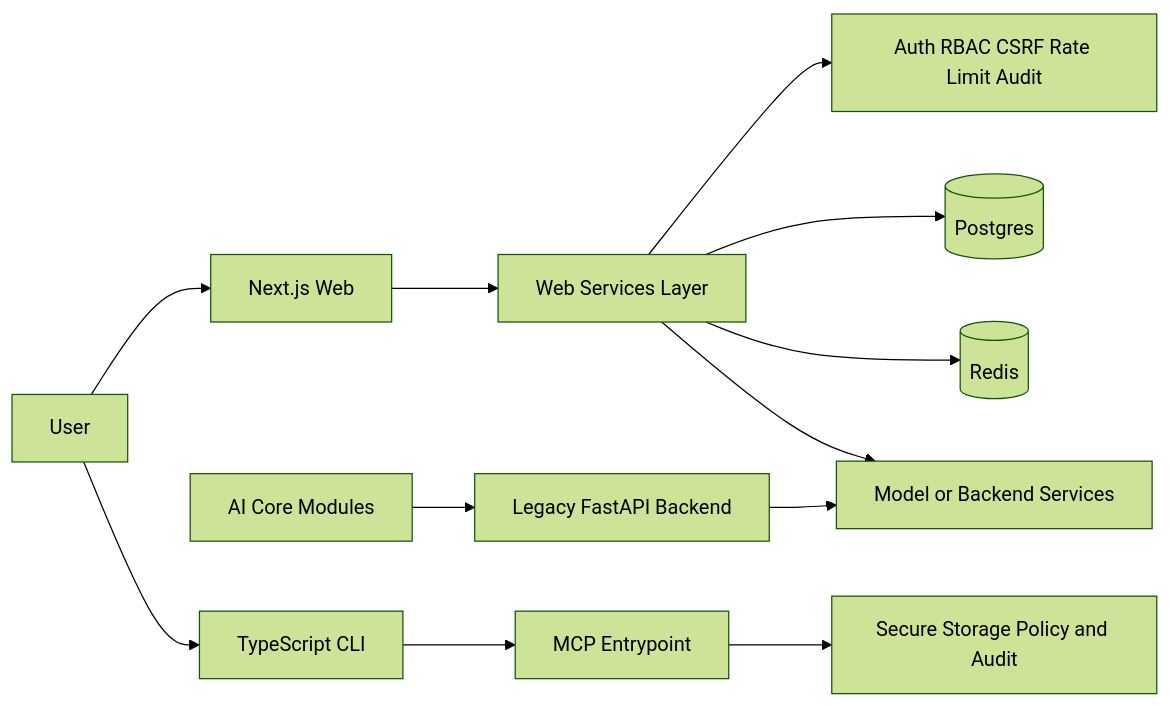
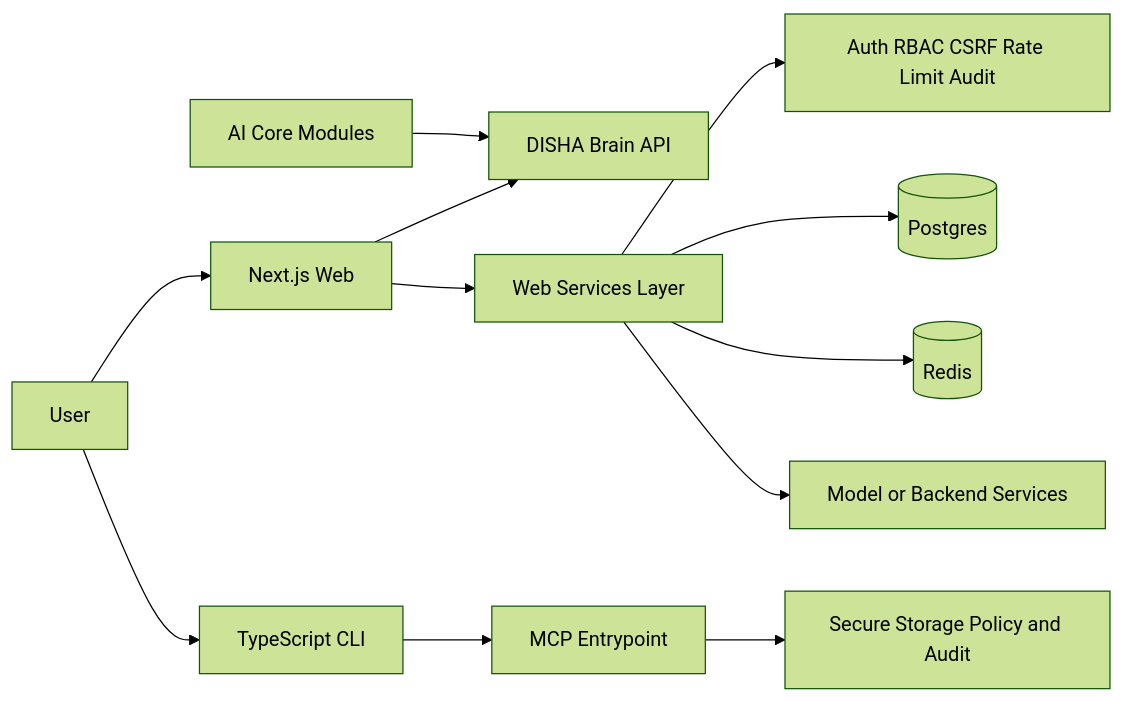
Before and after one commit to Tashima-Tarsh/Disha: the diagram in README.md, drawn with Mermaid (forest theme). The commit also changed other lines of this file and 181 other files, not shown here.

Commit message:
Make DISHA Brain a single-platform repo

````diff
--- a/README.md
+++ b/README.md
@@ -36,14 +36,14 @@
 ```mermaid
 flowchart LR
     U[User] --> W[Next.js Web]
     U --> C[TypeScript CLI]
+    W --> B[DISHA Brain API]
     W --> WS[Web Services Layer]
     WS --> SEC[Auth RBAC CSRF Rate Limit Audit]
     WS --> DB[(Postgres)]
     WS --> REDIS[(Redis)]
     WS --> EXT[Model or Backend Services]
     C --> MCP[MCP Entrypoint]
     MCP --> CSEC[Secure Storage Policy and Audit]
-    LEG[Legacy FastAPI Backend] --> EXT
-    CORE[AI Core Modules] --> LEG
+    CORE[AI Core Modules] --> B
 ```
````
